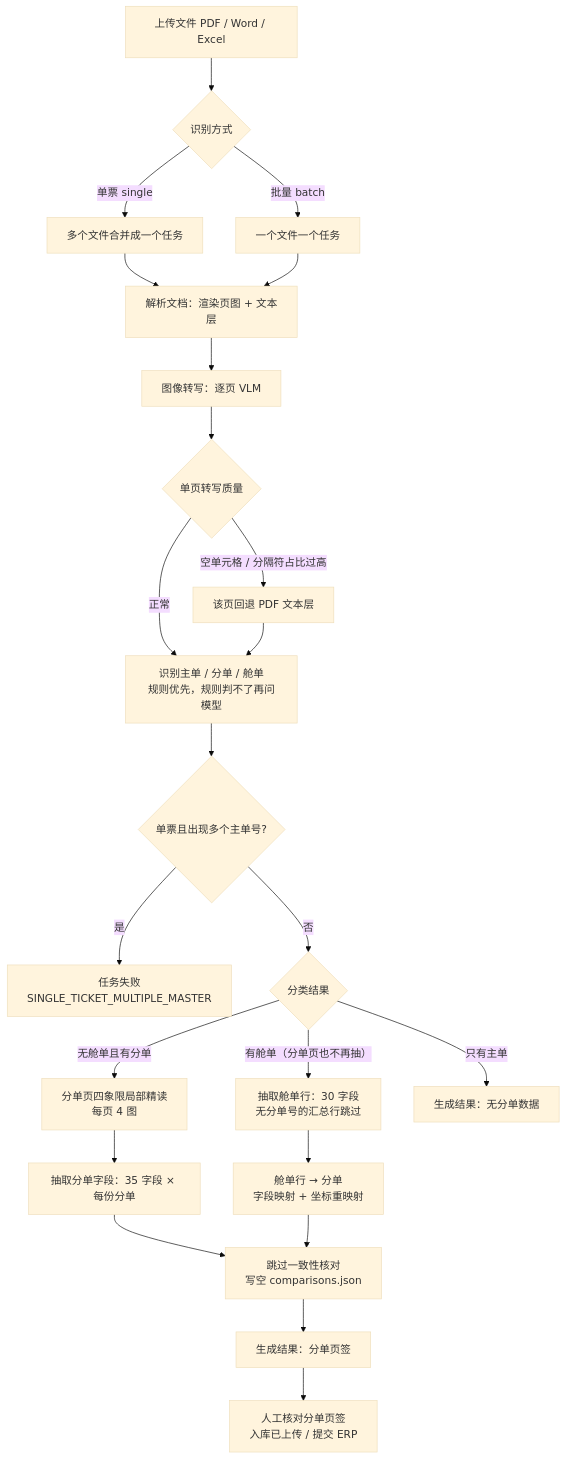
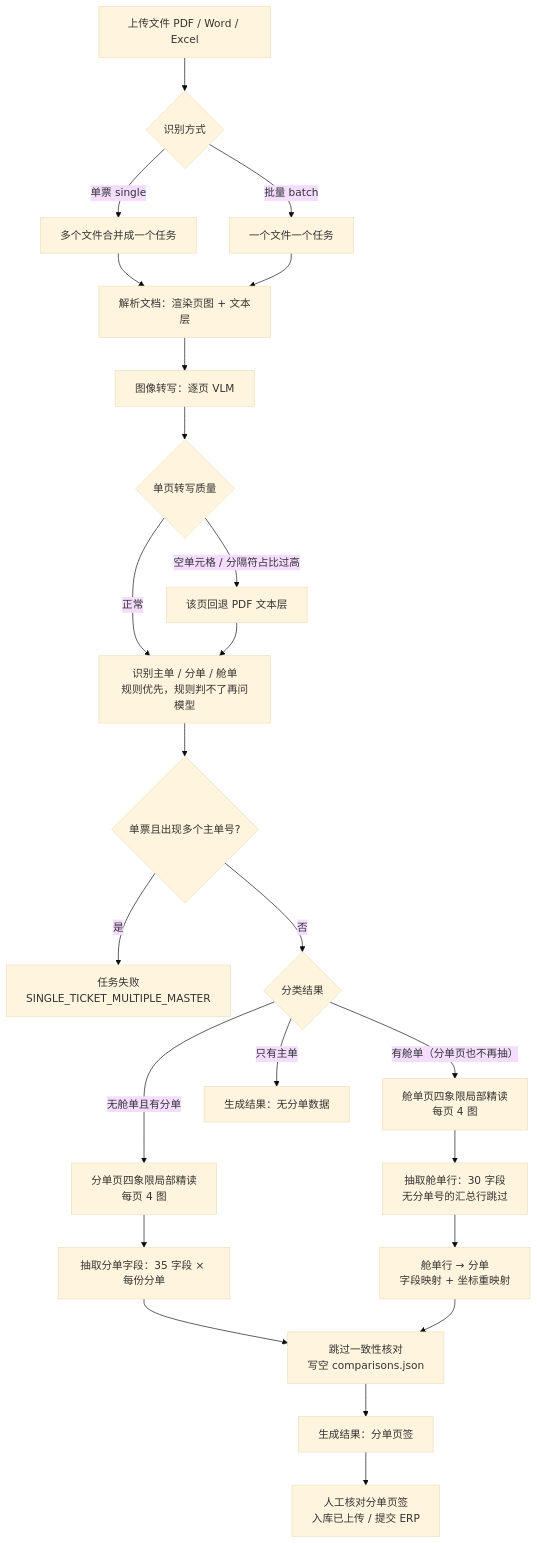
One commit to TZH-daxia/DocMind_DZ changed the diagram in README.md. Above: the diagram before and after it, drawn with Mermaid (base theme). The commit also changed other lines of this file and 15 other files, not shown here.

````diff
--- a/README.md
+++ b/README.md
@@ -15,25 +15,26 @@
 ```mermaid
 flowchart TD
     A[上传文件 PDF / Word / Excel] --> M{识别方式}
     M -- 单票 single --> M1[多个文件合并成一个任务]
     M -- 批量 batch --> M2[一个文件一个任务]
     M1 --> B[解析文档：渲染页图 + 文本层]
     M2 --> B
     B --> C[图像转写：逐页 VLM]
     C --> Q{单页转写质量}
     Q -- 空单元格 / 分隔符占比过高 --> Q1[该页回退 PDF 文本层]
     Q -- 正常 --> D
     Q1 --> D[识别主单 / 分单 / 舱单<br/>规则优先，规则判不了再问模型]
     D --> S{单票且出现多个主单号?}
     S -- 是 --> S1[任务失败<br/>SINGLE_TICKET_MULTIPLE_MASTER]
     S -- 否 --> E{分类结果}
-    E -- 有舱单（分单页也不再抽） --> G1[抽取舱单行：30 字段<br/>无分单号的汇总行跳过]
-    E -- 无舱单且有分单 --> F[分单页四象限局部精读<br/>每页 4 图]
+    E -- 有舱单（分单页也不再抽） --> F1[舱单页四象限局部精读<br/>每页 4 图]
+    E -- 无舱单且有分单 --> F2[分单页四象限局部精读<br/>每页 4 图]
     E -- 只有主单 --> H[生成结果：无分单数据]
-    F --> G2[抽取分单字段：35 字段 × 每份分单]
+    F1 --> G1[抽取舱单行：30 字段<br/>无分单号的汇总行跳过]
+    F2 --> G2[抽取分单字段：35 字段 × 每份分单]
     G1 --> T[舱单行 → 分单<br/>字段映射 + 坐标重映射]
     G2 --> V[跳过一致性核对<br/>写空 comparisons.json]
     T --> V
     V --> H2[生成结果：分单页签]
     H2 --> P[人工核对分单页签<br/>入库已上传 / 提交 ERP]
 ```
````
